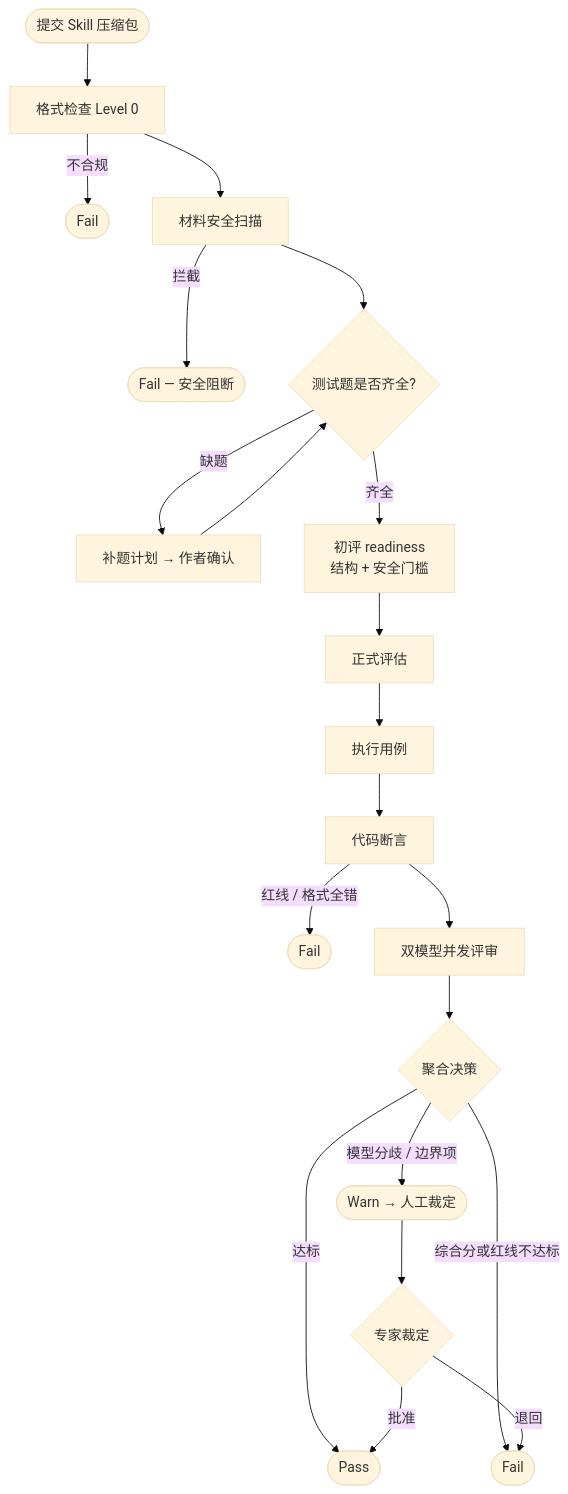
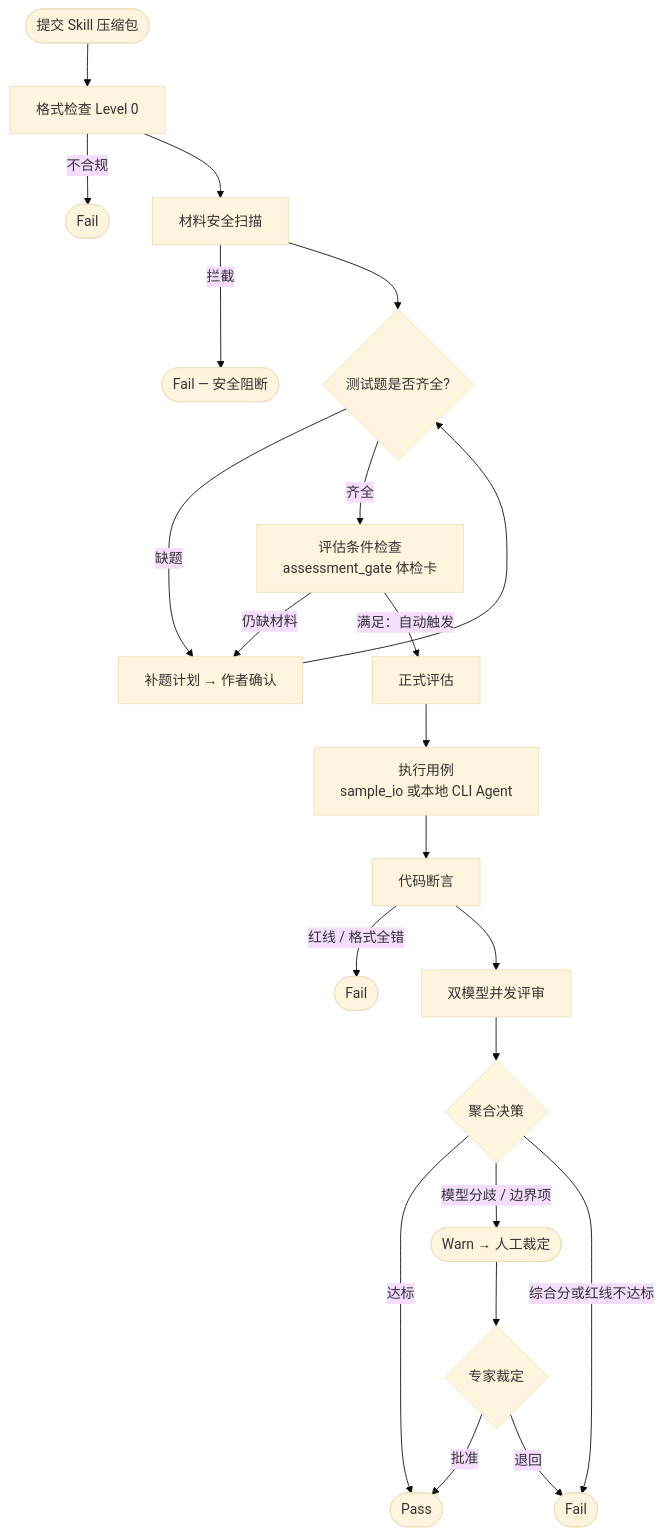
Before and after one commit to NathanZhou1225/Skillhub_eval: the second of 3 diagrams in docs/guides/Skill评估机制架构与流程.md, drawn with Mermaid (base theme). The commit also changed other lines of this file and 5 other files, not shown here.

````diff
--- a/docs/guides/Skill评估机制架构与流程.md
+++ b/docs/guides/Skill评估机制架构与流程.md
@@ -58,23 +59,24 @@
 ```mermaid
 flowchart TD
     A(["提交 Skill 压缩包"]) --> B["格式检查 Level 0"]
     B -->|"不合规"| F1(["Fail"])
     B --> C["材料安全扫描"]
     C -->|"拦截"| F2(["Fail — 安全阻断"])
     C --> D{"测试题是否齐全?"}
     D -->|"缺题"| P["补题计划 → 作者确认"]
     P --> D
-    D -->|"齐全"| E["初评 readiness\n结构 + 安全门槛"]
-    E --> F["正式评估"]
-    F --> G["执行用例"]
+    D -->|"齐全"| E["评估条件检查\nassessment_gate 体检卡"]
+    E -->|"仍缺材料"| P
+    E -->|"满足：自动触发"| F["正式评估"]
+    F --> G["执行用例\nsample_io 或本地 CLI Agent"]
     G --> H["代码断言"]
     H -->|"红线 / 格式全错"| F3(["Fail"])
     H --> I["双模型并发评审"]
     I --> J{"聚合决策"}
     J -->|"达标"| PASS(["Pass"])
     J -->|"模型分歧 / 边界项"| WARN(["Warn → 人工裁定"])
     J -->|"综合分或红线不达标"| F4(["Fail"])
     WARN --> L{"专家裁定"}
     L -->|"批准"| PASS
     L -->|"退回"| F4
 ```
````
